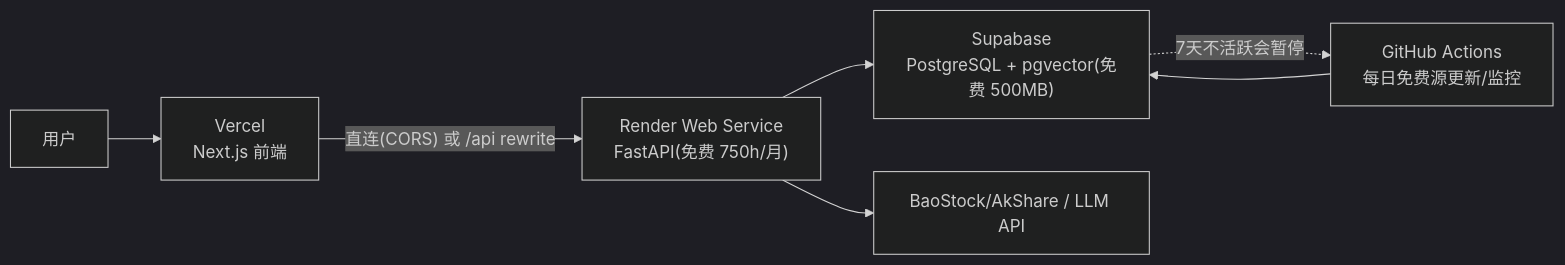
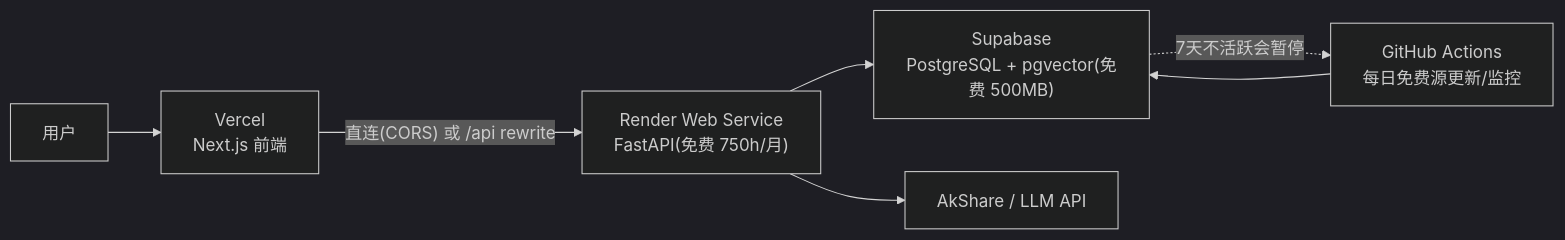
The diagram in docs/07-deployment-guide.md (cgcj0907/stock_agent), drawn with Mermaid (dark theme) before and after one commit. The commit also changed other lines of this file and 23 other files, not shown here.

Commit message:
refactor(data): switch to AkShare only - remove BaoStock source & combined wrapper, simplify factory/ping, update deps/docs/frontend

````diff
--- a/docs/07-deployment-guide.md
+++ b/docs/07-deployment-guide.md
@@ -11,9 +11,9 @@
 ```mermaid
 flowchart LR
     U["用户"] --> V["Vercel<br/>Next.js 前端"]
     V -- "直连(CORS) 或 /api rewrite" --> R["Render Web Service<br/>FastAPI(免费 750h/月)"]
     R --> DB["Supabase<br/>PostgreSQL + pgvector(免费 500MB)"]
     G["GitHub Actions<br/>每日免费源更新/监控"] --> DB
-    R --> EXT["BaoStock/AkShare / LLM API"]
+    R --> EXT["AkShare / LLM API"]
     DB -. 7天不活跃会暂停 .-> G
 ```
````
